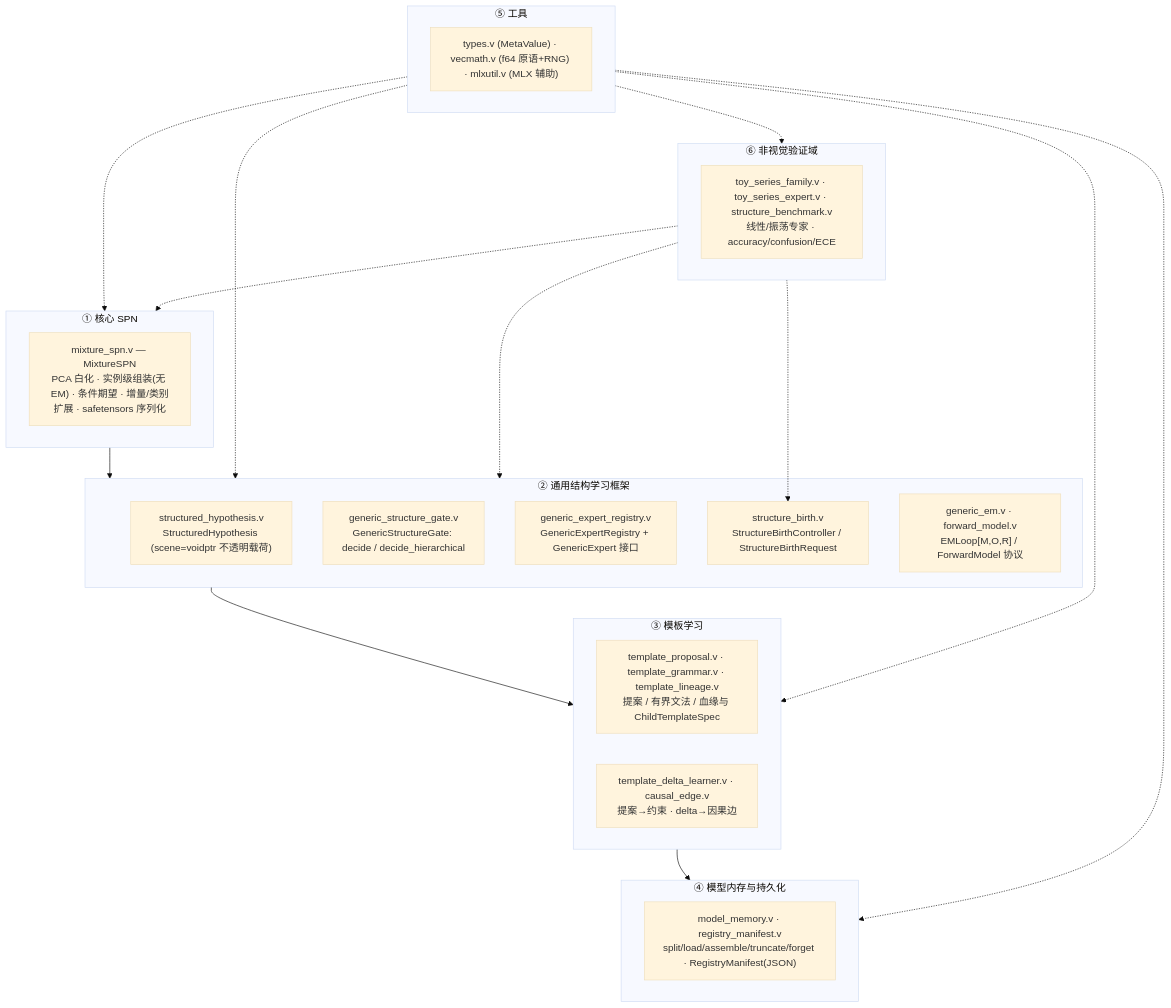
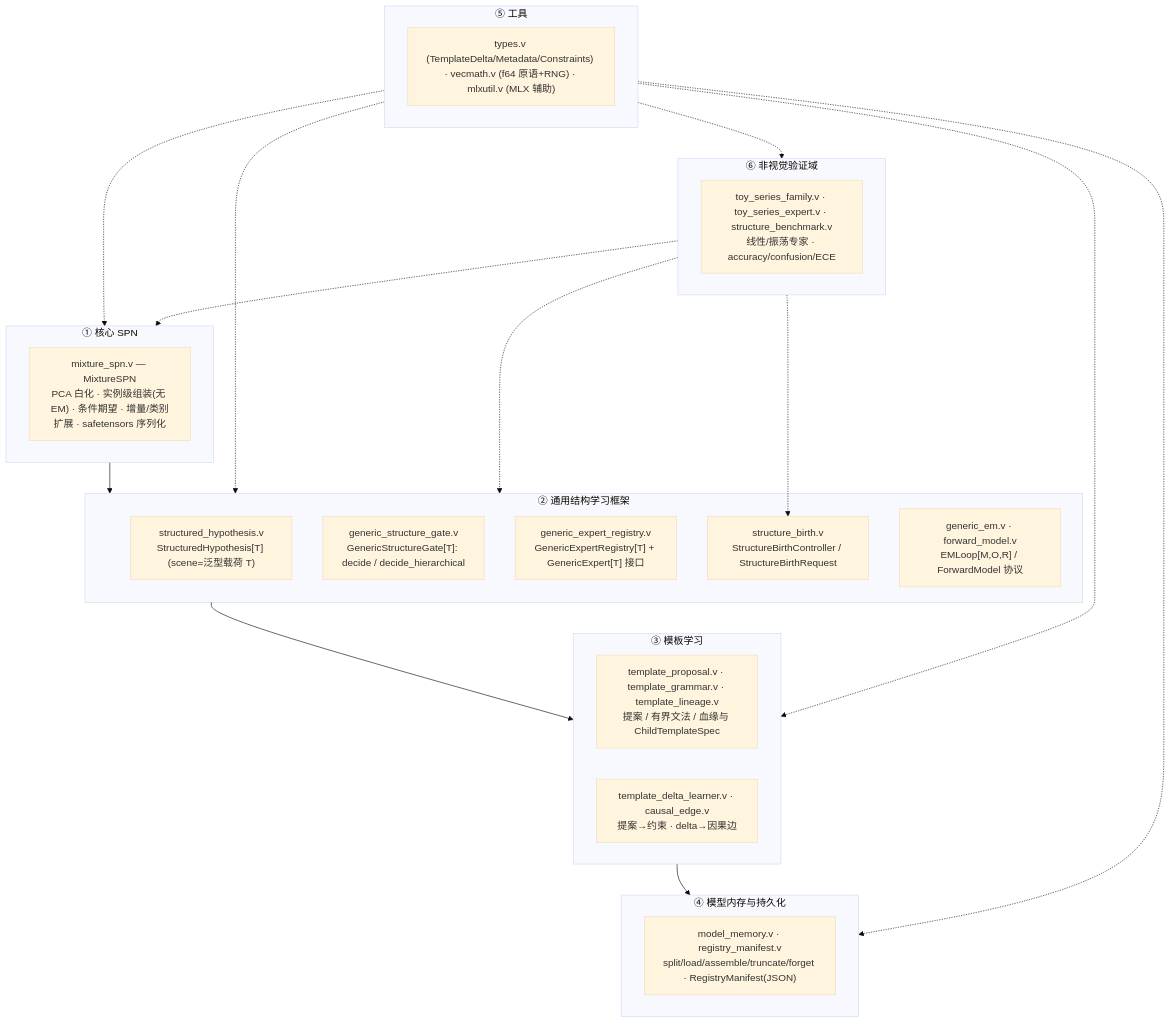
The first of 2 diagrams in docs/architecture.md (aki-xavier/conger), drawn with Mermaid (base theme) before and after one commit. The commit also changed other lines of this file and 3 other files, not shown here.

````diff
--- a/docs/architecture.md
+++ b/docs/architecture.md
@@ -21,29 +19,29 @@
 ```mermaid
 flowchart TD
     subgraph L1["① 核心 SPN"]
         A["mixture_spn.v — MixtureSPN<br/>PCA 白化 · 实例级组装(无 EM) · 条件期望 · 增量/类别扩展 · safetensors 序列化"]
     end
     subgraph L2["② 通用结构学习框架"]
-        B["structured_hypothesis.v<br/>StructuredHypothesis (scene=voidptr 不透明载荷)"]
-        C["generic_structure_gate.v<br/>GenericStructureGate: decide / decide_hierarchical"]
-        D["generic_expert_registry.v<br/>GenericExpertRegistry + GenericExpert 接口"]
+        B["structured_hypothesis.v<br/>StructuredHypothesis[T] (scene=泛型载荷 T)"]
+        C["generic_structure_gate.v<br/>GenericStructureGate[T]: decide / decide_hierarchical"]
+        D["generic_expert_registry.v<br/>GenericExpertRegistry[T] + GenericExpert[T] 接口"]
         E["structure_birth.v<br/>StructureBirthController / StructureBirthRequest"]
         F["generic_em.v · forward_model.v<br/>EMLoop[M,O,R] / ForwardModel 协议"]
     end
     subgraph L3["③ 模板学习"]
         G["template_proposal.v · template_grammar.v · template_lineage.v<br/>提案 / 有界文法 / 血缘与 ChildTemplateSpec"]
         H["template_delta_learner.v · causal_edge.v<br/>提案→约束 · delta→因果边"]
     end
     subgraph L4["④ 模型内存与持久化"]
         I["model_memory.v · registry_manifest.v<br/>split/load/assemble/truncate/forget · RegistryManifest(JSON)"]
     end
     subgraph L5["⑤ 工具"]
-        J["types.v (MetaValue) · vecmath.v (f64 原语+RNG) · mlxutil.v (MLX 辅助)"]
+        J["types.v (TemplateDelta/Metadata/Constraints) · vecmath.v (f64 原语+RNG) · mlxutil.v (MLX 辅助)"]
     end
     subgraph L6["⑥ 非视觉验证域"]
         K["toy_series_family.v · toy_series_expert.v · structure_benchmark.v<br/>线性/振荡专家 · accuracy/confusion/ECE"]
     end
     L1 --> L2 --> L3 --> L4
     L5 -.-> L1 & L2 & L3 & L4 & L6
     L6 -.-> L1 & L2 & E
 ```
````
